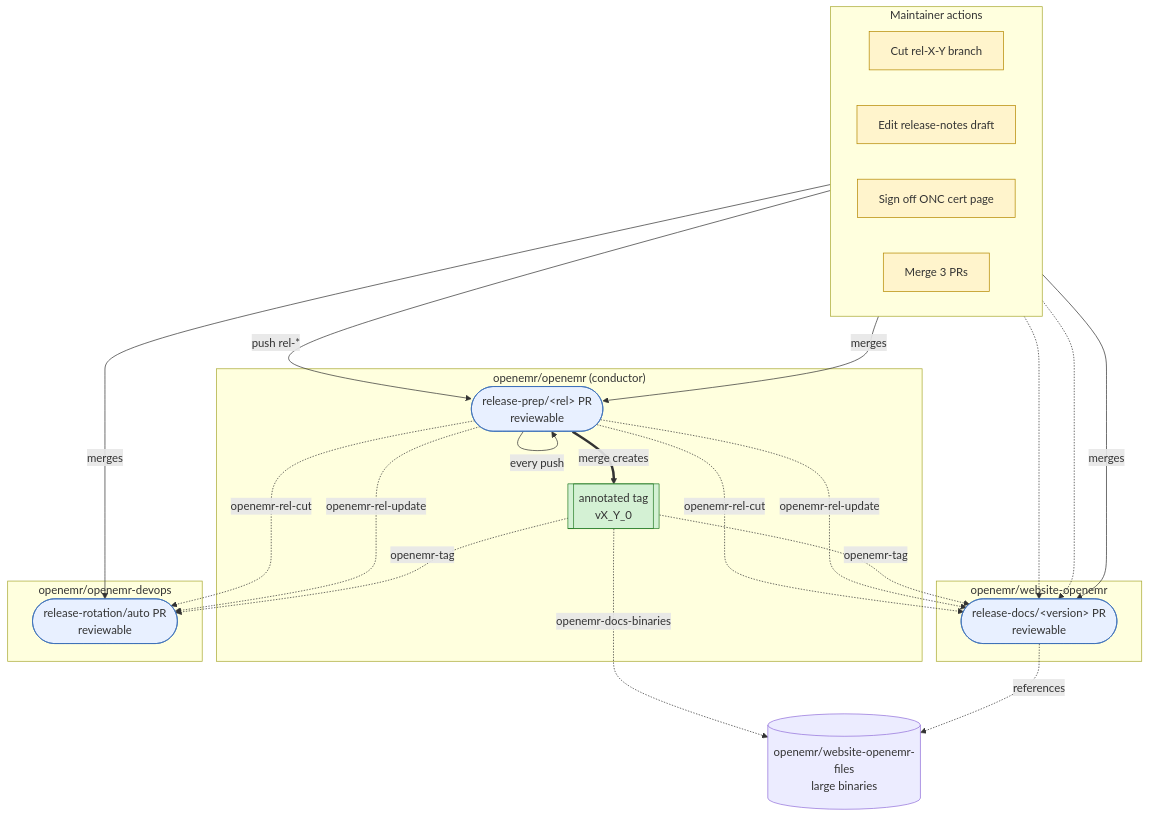
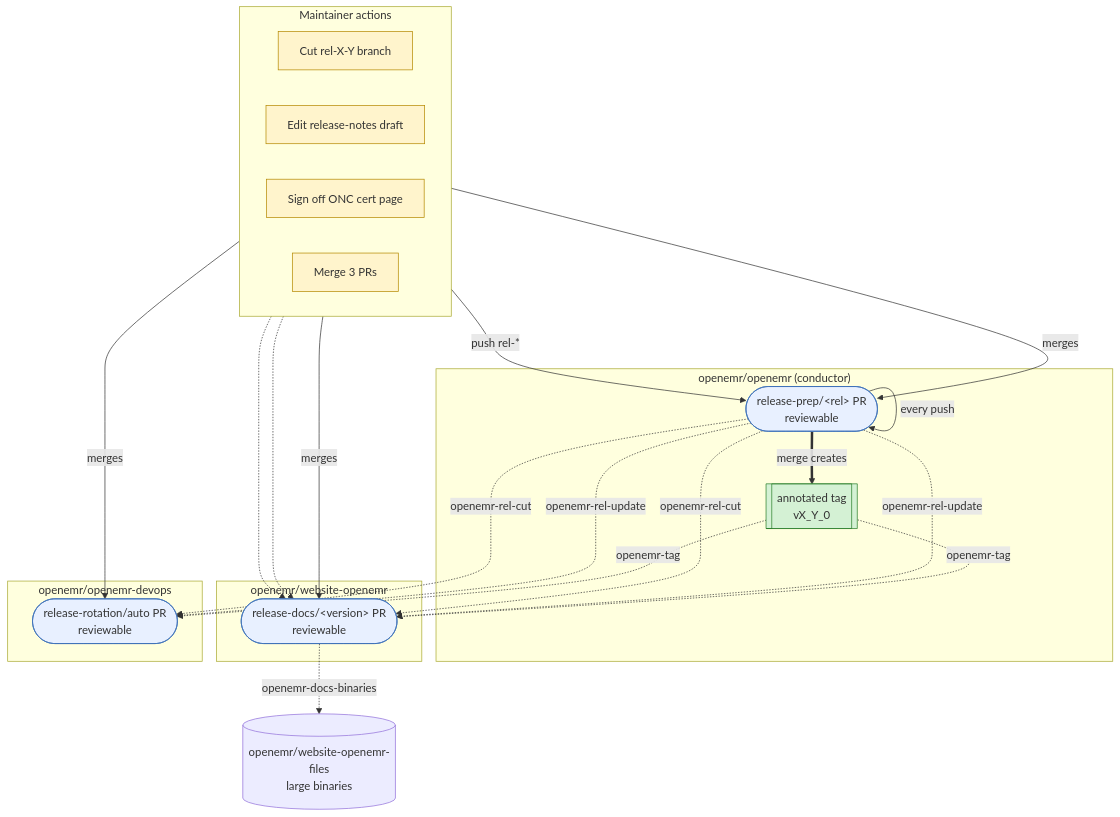
One commit to openemr/openemr changed the diagram in docs/RELEASE_PROCESS.md. Above: the diagram before and after it, drawn with Mermaid. The commit also changed other lines of this file, not shown here.

First line of the commit message:
docs: correct openemr-docs-binaries emitter and payload shape

````diff
--- a/docs/RELEASE_PROCESS.md
+++ b/docs/RELEASE_PROCESS.md
@@ -18,52 +18,50 @@
 ```mermaid
 flowchart TB
     subgraph manual["Maintainer actions"]
         direction LR
         cut["Cut rel-X-Y branch"]
         edit["Edit release-notes draft"]
         sign["Sign off ONC cert page"]
         merge["Merge 3 PRs"]
     end
 
     subgraph oe["openemr/openemr (conductor)"]
         prepPR(["release-prep/&lt;rel&gt; PR<br/>reviewable"])
         tag[["annotated tag<br/>vX_Y_0"]]
     end
 
     subgraph wo["openemr/website-openemr"]
         docsPR(["release-docs/&lt;version&gt; PR<br/>reviewable"])
     end
 
     wof[("openemr/website-openemr-files<br/>large binaries")]
 
     subgraph od["openemr/openemr-devops"]
         infraPR(["release-rotation/auto PR<br/>reviewable"])
     end
 
     cut -->|push rel-*| prepPR
     prepPR -->|every push| prepPR
     edit -.-> docsPR
     sign -.-> docsPR
     merge -->|merges| prepPR
     merge -->|merges| docsPR
     merge -->|merges| infraPR
 
     prepPR ==>|merge creates| tag
 
     prepPR -. openemr-rel-cut .-> docsPR
     prepPR -. openemr-rel-update .-> docsPR
     prepPR -. openemr-rel-cut .-> infraPR
     prepPR -. openemr-rel-update .-> infraPR
     tag -. openemr-tag .-> docsPR
     tag -. openemr-tag .-> infraPR
-    tag -. openemr-docs-binaries .-> wof
-
-    docsPR -.->|references| wof
+    docsPR -. openemr-docs-binaries .-> wof
 
     classDef manualStep fill:#fff4cc,stroke:#b58900
     classDef autoArtifact fill:#e8f0ff,stroke:#3b6fb8
     classDef autoTag fill:#d4f1d4,stroke:#2a7f2a
     class cut,edit,sign,merge manualStep
     class prepPR,docsPR,infraPR autoArtifact
     class tag autoTag
 ```
````
